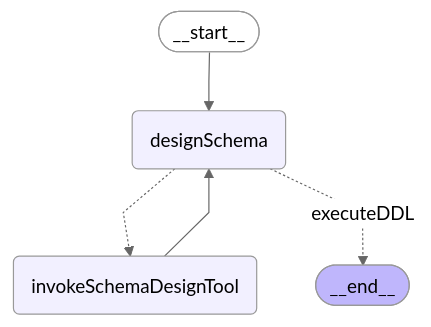
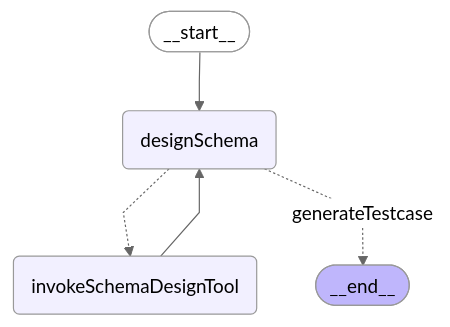
Before and after one commit to yzkee/liam: the fourth of 5 diagrams in frontend/internal-packages/agent/README.md, drawn with Mermaid (neutral theme). The commit also changed other lines of this file and 2 other files, not shown here.

First line of the commit message:
improve agent graph tests: remove implementation details and add README sync

````diff
--- a/frontend/internal-packages/agent/README.md
+++ b/frontend/internal-packages/agent/README.md
@@ -168,15 +169,15 @@
 ```mermaid
 %%{init: {'flowchart': {'curve': 'linear'}}}%%
 graph TD;
 	__start__([<p>__start__</p>]):::first
 	designSchema(designSchema)
 	invokeSchemaDesignTool(invokeSchemaDesignTool)
 	__end__([<p>__end__</p>]):::last
 	__start__ --> designSchema;
 	invokeSchemaDesignTool --> designSchema;
 	designSchema -.-> invokeSchemaDesignTool;
-	designSchema -. &nbsp;executeDDL&nbsp; .-> __end__;
+	designSchema -. &nbsp;generateTestcase&nbsp; .-> __end__;
 	classDef default fill:#f2f0ff,line-height:1.2;
 	classDef first fill-opacity:0;
 	classDef last fill:#bfb6fc;
 ```
````
